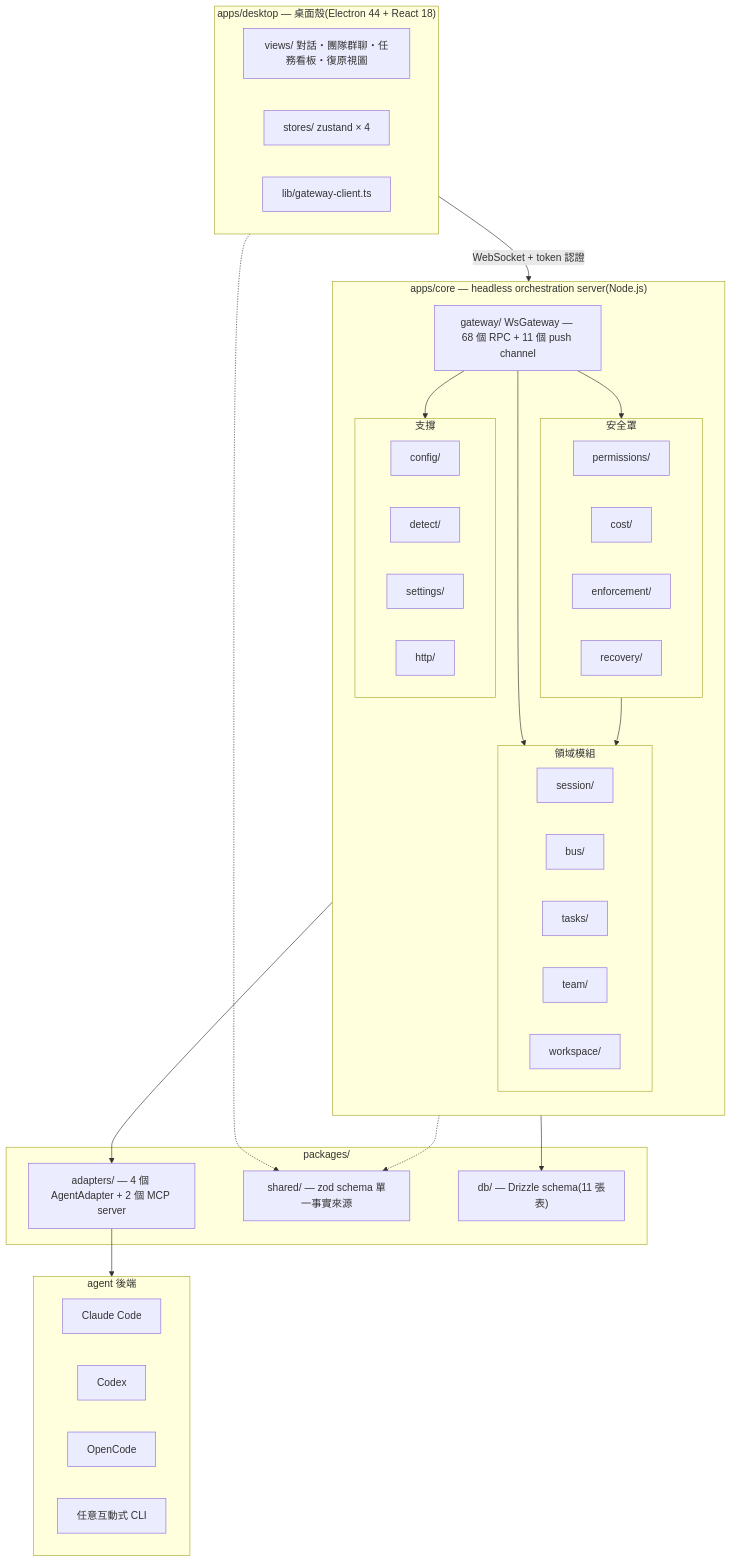
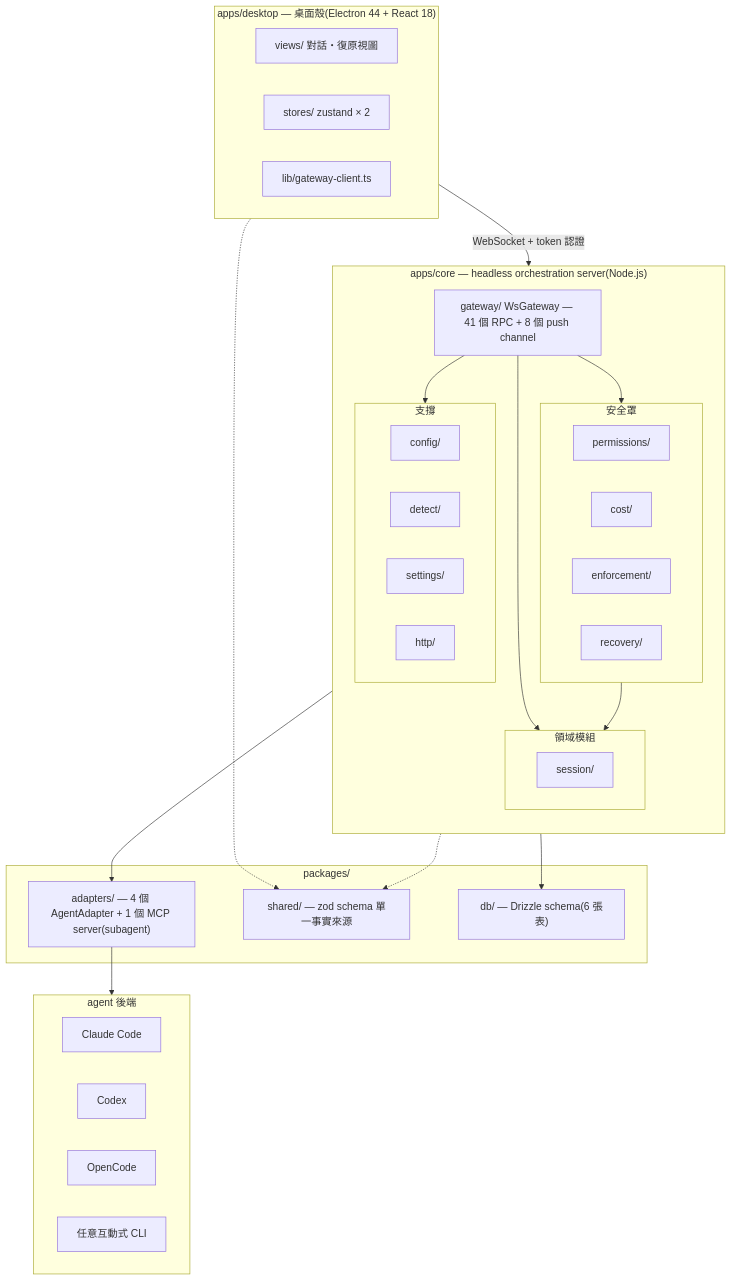
The first of 4 diagrams in docs/ARCHITECTURE.md (xing-101729/deskmony), drawn with Mermaid before and after one commit. The commit also changed other lines of this file and 145 other files, not shown here.

````diff
--- a/docs/ARCHITECTURE.md
+++ b/docs/ARCHITECTURE.md
@@ -50,61 +59,57 @@
 ```mermaid
 flowchart TB
     subgraph SHELL["apps/desktop — 桌面殼(Electron 44 + React 18)"]
         direction LR
-        Views["views/ 對話・團隊群聊・任務看板・復原視圖"]
-        Stores["stores/ zustand × 4"]
+        Views["views/ 對話・復原視圖"]
+        Stores["stores/ zustand × 2"]
         GWC["lib/gateway-client.ts"]
     end
 
     subgraph CORE["apps/core — headless orchestration server(Node.js)"]
         direction TB
-        GW["gateway/ WsGateway — 68 個 RPC + 11 個 push channel"]
+        GW["gateway/ WsGateway — 41 個 RPC + 8 個 push channel"]
         subgraph DOMAIN["領域模組"]
             direction LR
             Sess["session/"]
-            Bus["bus/"]
-            Task["tasks/"]
-            Team["team/"]
-            Work["workspace/"]
         end
         subgraph SHIELD["安全罩"]
             direction LR
             Perm["permissions/"]
             Cost["cost/"]
             Enf["enforcement/"]
             Rec["recovery/"]
         end
         subgraph SUPPORT["支撐"]
             direction LR
             Cfg["config/"]
             Det["detect/"]
             Set["settings/"]
             Http["http/"]
         end
     end
 
     subgraph PKG["packages/"]
-        Adapters["adapters/ — 4 個 AgentAdapter + 2 個 MCP server"]
+        Adapters["adapters/ — 4 個 AgentAdapter + 1 個 MCP server(subagent)"]
         Shared["shared/ — zod schema 單一事實來源"]
-        Db["db/ — Drizzle schema(11 張表)"]
+        Db["db/ — Drizzle schema(6 張表)"]
     end
 
     subgraph BACKENDS["agent 後端"]
         direction LR
         CC["Claude Code"]
         CDX["Codex"]
         OCS["OpenCode"]
         ANY["任意互動式 CLI"]
     end
 
     SHELL -- "WebSocket + token 認證" --> GW
     GW --> DOMAIN
     GW --> SHIELD
     GW --> SUPPORT
     DOMAIN --> Adapters
     SHIELD --> DOMAIN
     CORE --> Db
     Adapters --> BACKENDS
     SHELL -.-> Shared
     CORE -.-> Shared
 ```
````
